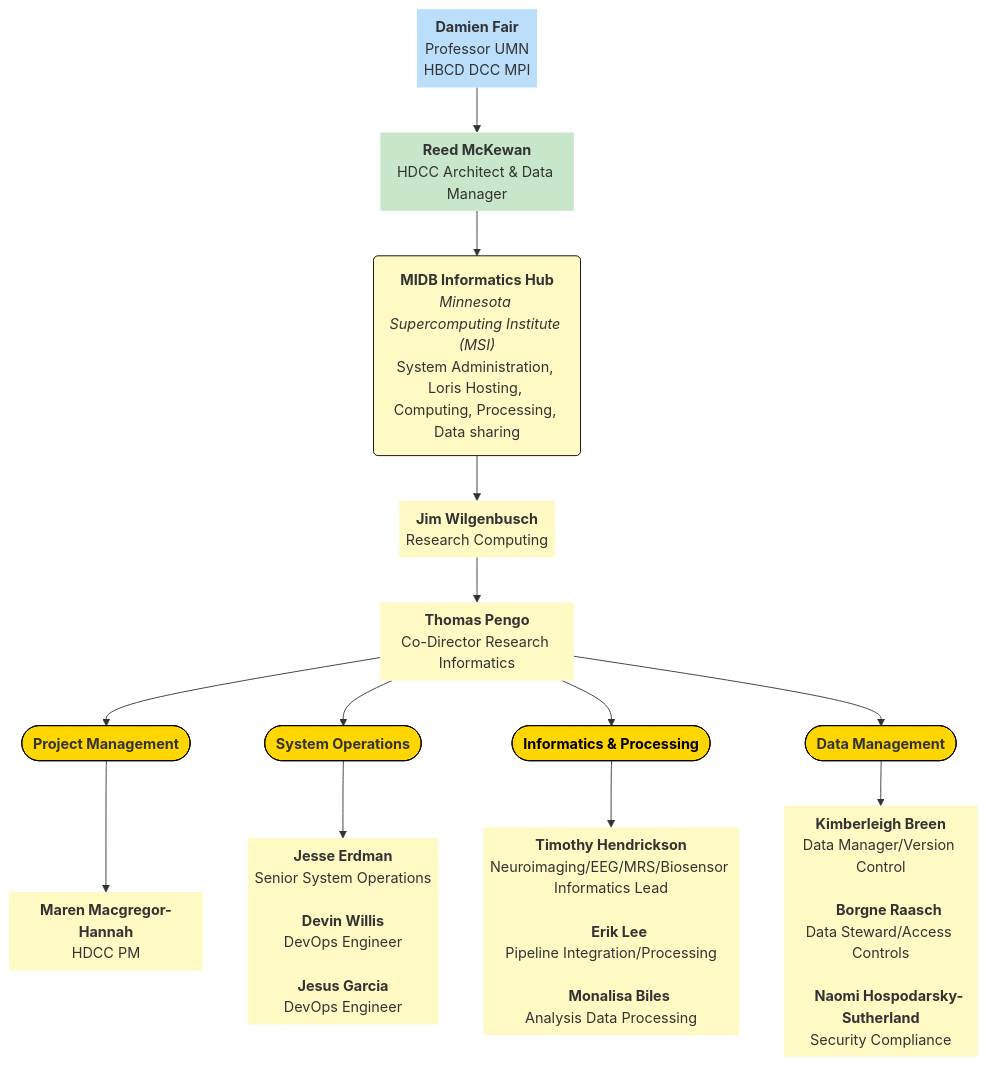
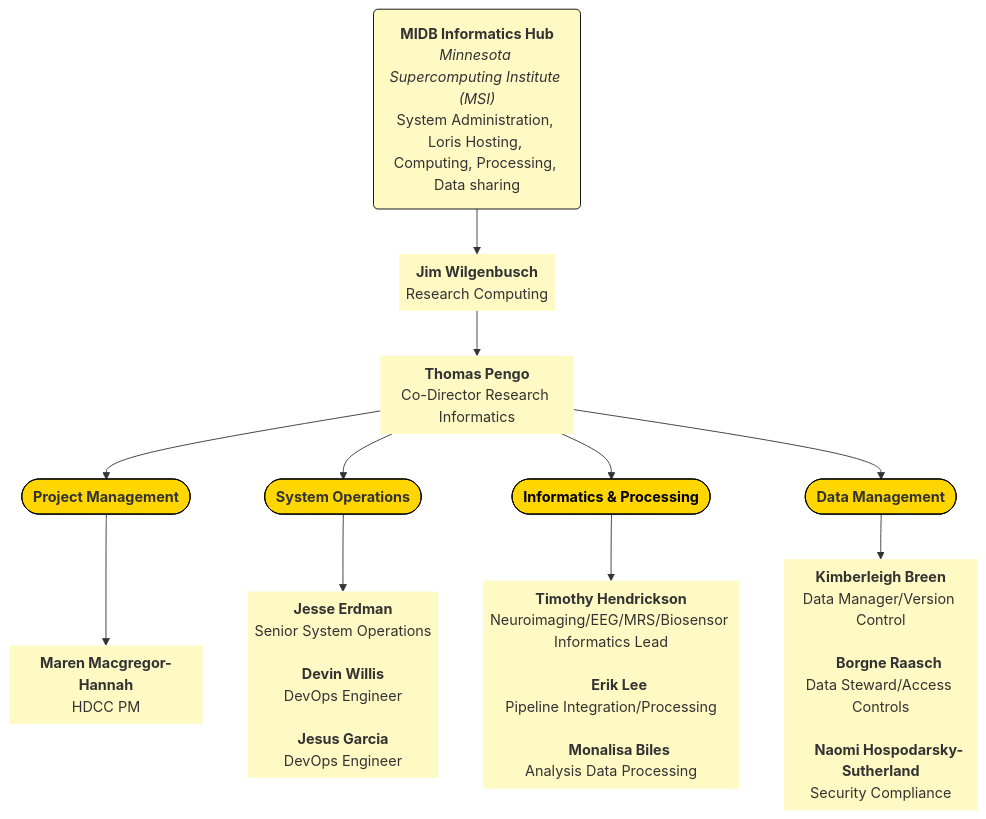
Before and after one commit to DCAN-Labs/hbcd-docs-internal: the fifth of 5 diagrams in docs/orgcharts.md, drawn with Mermaid.

Commit message:
update MIDB

````diff
--- a/docs/orgcharts.md
+++ b/docs/orgcharts.md
@@ -377,44 +377,38 @@
 ```mermaid
 ---
 config:
   layout: dagre
 ---
 flowchart TB
-    A0["<b>Damien Fair</b><br>Professor UMN<br>HBCD DCC MPI"] --> A["<b>Reed McKewan</b><br>HDCC Architect &amp; Data Manager"]
-    A --> C["<b>MIDB Informatics Hub</b><br><i>Minnesota Supercomputing Institute (MSI)</i><br>System Administration, Loris Hosting, Computing, Processing, Data sharing"]
-    C --> K["<b>Jim Wilgenbusch</b><br>Research Computing"]
+    C["<b>MIDB Informatics Hub</b><br><i>Minnesota Supercomputing Institute (MSI)</i><br>System Administration, Loris Hosting, Computing, Processing, Data sharing"] --> K["<b>Jim Wilgenbusch</b><br>Research Computing"]
     K --> L["<b>Thomas Pengo</b><br>Co-Director Research Informatics"]
     L --> M(["<b>Project Management</b>"]) & N(["<b>System Operations</b>"]) & O(["<b>Informatics &amp; Processing</b>"]) & P(["<b>Data Management</b>"])
     N --> Q["<b>Jesse Erdman</b><br>Senior System Operations<br>
     <b>Devin Willis</b><br>DevOps Engineer<br>
     <b>Jesus Garcia</b><br>DevOps Engineer"]
     O --> n4["<b>Timothy Hendrickson</b><br>Neuroimaging/EEG/MRS/Biosensor Informatics Lead<br>
     <b>Erik Lee</b><br>Pipeline Integration/Processing<br>
     <b>Monalisa Biles</b><br>Analysis Data Processing"]
     M --> n6@{ label: "<span style=\"--tw-scale-x:\"><b>Maren Macgregor-Hannah</b><br>HDCC PM</span><br style=\"--tw-scale-x:\">" }
     P --> n7["<b>Kimberleigh Breen</b><br>Data Manager/Version Control<br>
     <b>Borgne Raasch</b><br>Data Steward/Access Controls<br>
     <b>Naomi Hospodarsky-Sutherland</b><br>Security Compliance"]
-    A0@{ shape: text}
-    A@{ shape: text}
     C@{ shape: rounded}
     K@{ shape: text}
     L@{ shape: text}
     Q@{ shape: text}
     n4@{ shape: text}
     n6@{ shape: text}
     n7@{ shape: text}
-    style A0 fill:#BBDEFB
-    style A fill:#C8E6C9
     style C stroke:#000000,fill:#FFF9C4
     style K fill:#FFF9C4
     style L fill:#FFF9C4
     style M fill:#FFD600,stroke:#000000
     style N fill:#FFD600,stroke:#000000
     style O color:#000000,fill:#FFD600,stroke:#000000
     style P fill:#FFD600,stroke:#000000
     style Q fill:#FFF9C4
     style n4 fill:#FFF9C4
     style n6 fill:#FFF9C4
     style n7 fill:#FFF9C4
 ```
````
